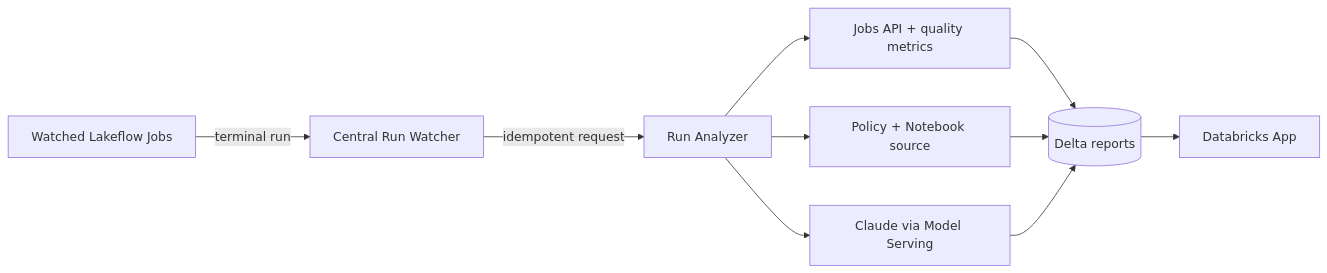
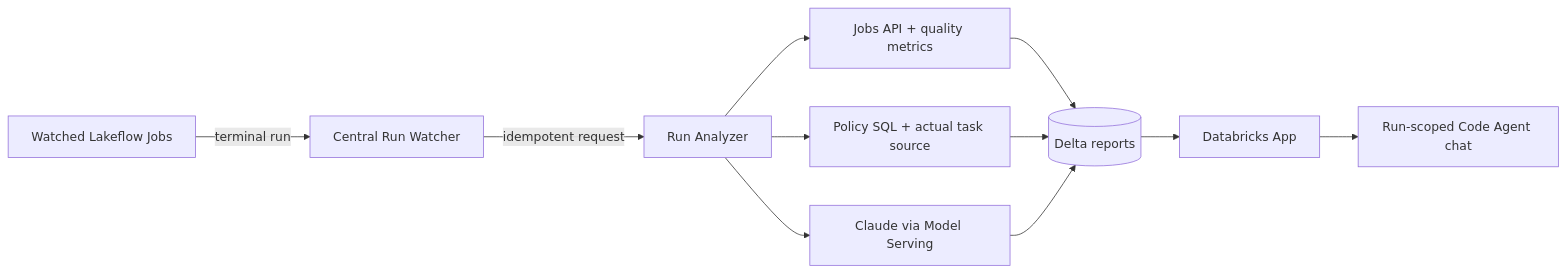
Before and after one commit to Stefano-Jang/dbx-ai-job-checker: the first of 2 diagrams in README.ko.md, drawn with Mermaid. The commit also changed other lines of this file and 4 other files, not shown here.

````diff
--- a/README.ko.md
+++ b/README.ko.md
@@ -55,12 +65,13 @@
 ```mermaid
 flowchart LR
   A[Watched Lakeflow Jobs] -->|terminal run| B[Central Run Watcher]
   B -->|idempotent request| C[Run Analyzer]
   C --> D[Jobs API + quality metrics]
-  C --> E[Policy + Notebook source]
+  C --> E[Policy SQL + actual task source]
   C --> F[Claude via Model Serving]
   D --> G[(Delta reports)]
   E --> G
   F --> G
   G --> H[Databricks App]
+  H --> I[Run-scoped Code Agent chat]
 ```
````
